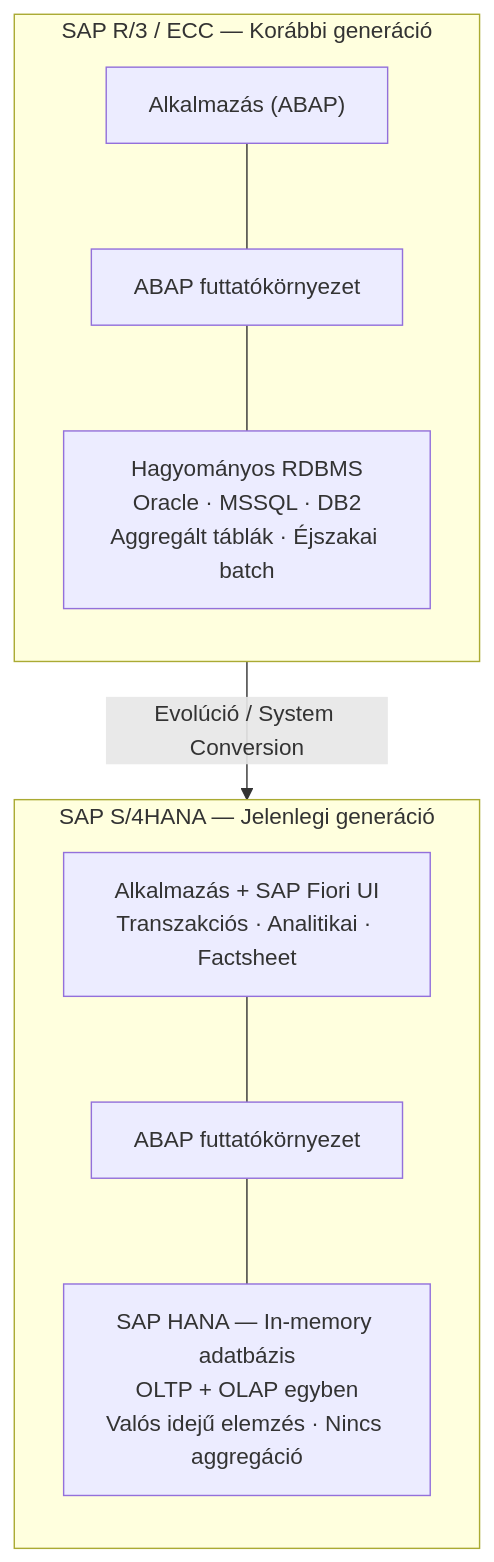
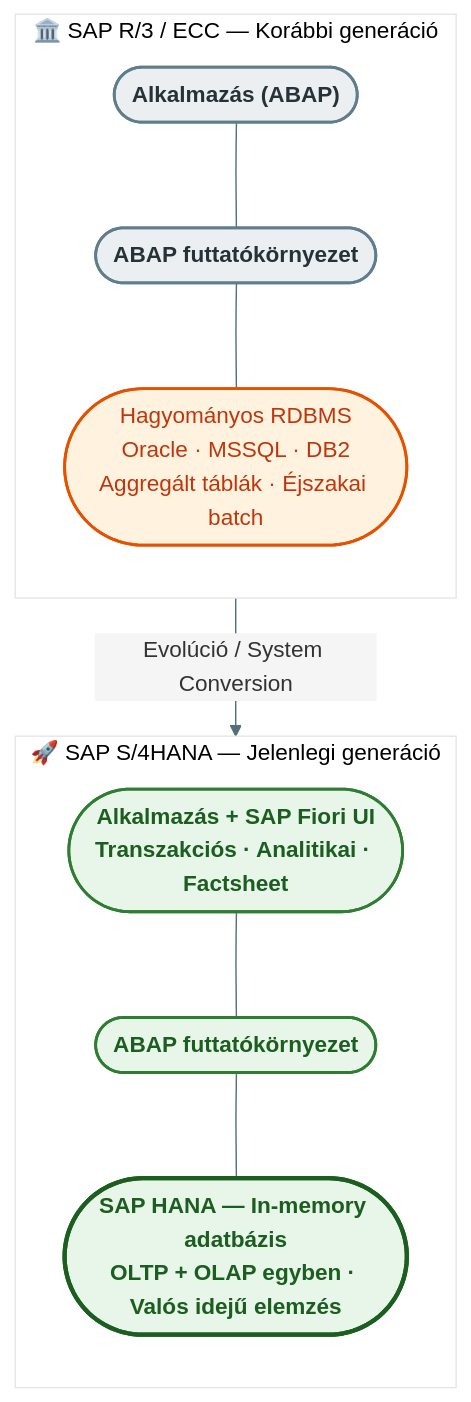
One commit to denespocsik/MM_BSC_Zarovizsga changed the first of 3 diagrams in Tételek/V14-GMXIV2MBLF-SAP S4HANA struktúra és modulok.tétel.md. Above: the diagram before and after it, drawn with Mermaid. The commit also changed other lines of this file and 4 other files, not shown here.

First line of the commit message:
docs(záróvizsga): modernize Mermaid diagrams in V11–V15, enrich GMXIV2MBLF content

````diff
--- a/Tételek/V14-GMXIV2MBLF-SAP S4HANA struktúra és modulok.tétel.md
+++ b/Tételek/V14-GMXIV2MBLF-SAP S4HANA struktúra és modulok.tétel.md
@@ -11,18 +11,24 @@
 ```mermaid
+%%{init: {'theme': 'base', 'themeVariables': {'primaryColor': '#FFF', 'lineColor': '#546E7A', 'edgeLabelBackground': '#F5F5F5'}}}%%
 flowchart TB
-    subgraph ECC["SAP R/3 / ECC — Korábbi generáció"]
+    classDef legacy    fill:#ECEFF1,stroke:#607D8B,stroke-width:2px,color:#263238,font-weight:bold
+    classDef legacy_db fill:#FFF3E0,stroke:#E65100,stroke-width:2px,color:#BF360C
+    classDef modern    fill:#E8F5E9,stroke:#2E7D32,stroke-width:2px,color:#1B5E20,font-weight:bold
+    classDef modern_db fill:#E8F5E9,stroke:#1B5E20,stroke-width:3px,color:#1B5E20,font-weight:bold
+
+    subgraph ECC["🏛️  SAP R/3 / ECC — Korábbi generáció"]
         direction TB
-        A1["Alkalmazás (ABAP)"]
-        A2["ABAP futtatókörnyezet"]
-        A3["Hagyományos RDBMS\nOracle · MSSQL · DB2\nAggregált táblák · Éjszakai batch"]
+        A1(["Alkalmazás (ABAP)"]):::legacy
+        A2(["ABAP futtatókörnyezet"]):::legacy
+        A3(["Hagyományos RDBMS\nOracle · MSSQL · DB2\nAggregált táblák · Éjszakai batch"]):::legacy_db
         A1 --- A2 --- A3
     end
-    subgraph S4["SAP S/4HANA — Jelenlegi generáció"]
+    subgraph S4["🚀  SAP S/4HANA — Jelenlegi generáció"]
         direction TB
-        B1["Alkalmazás + SAP Fiori UI\nTranszakciós · Analitikai · Factsheet"]
-        B2["ABAP futtatókörnyezet"]
-        B3["SAP HANA — In-memory adatbázis\nOLTP + OLAP egyben\nValós idejű elemzés · Nincs aggregáció"]
+        B1(["Alkalmazás + SAP Fiori UI\nTranszakciós · Analitikai · Factsheet"]):::modern
+        B2(["ABAP futtatókörnyezet"]):::modern
+        B3(["SAP HANA — In-memory adatbázis\nOLTP + OLAP egyben · Valós idejű elemzés"]):::modern_db
         B1 --- B2 --- B3
     end
     ECC -->|"Evolúció / System Conversion"| S4
 ```
````
